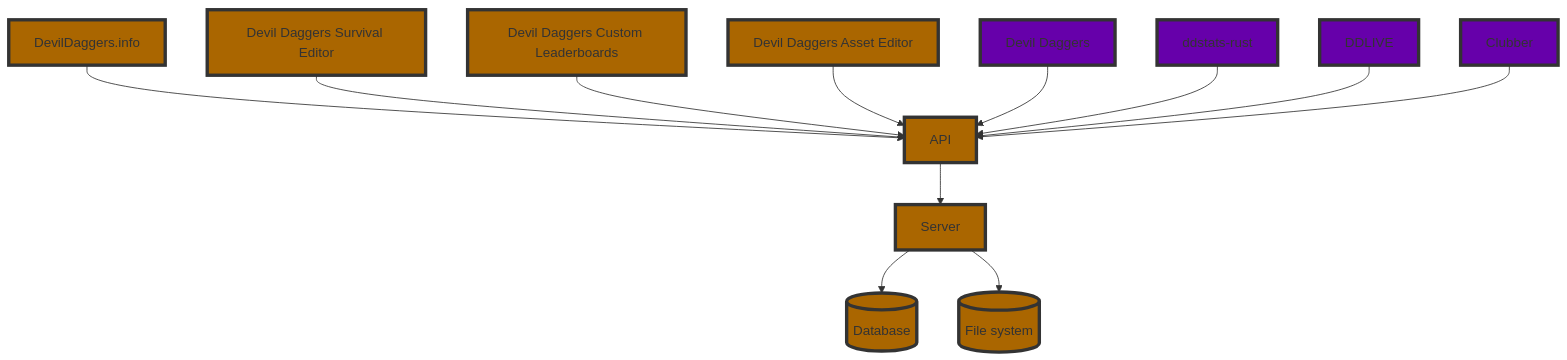
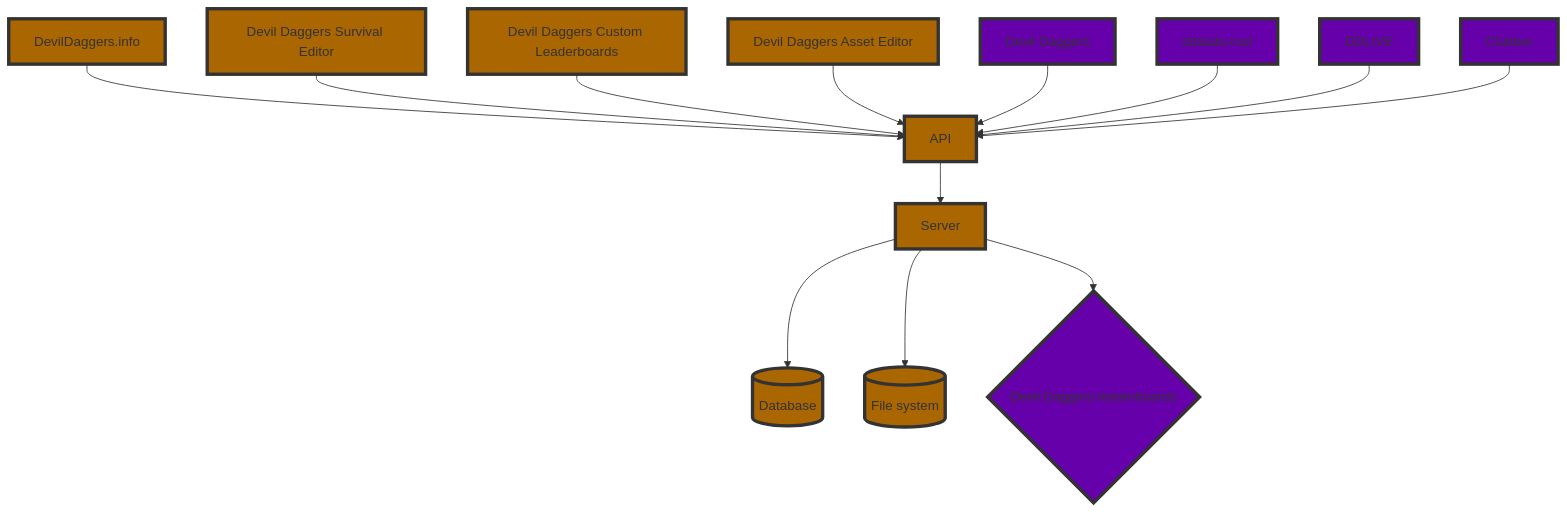
One commit to NoahStolk/ddinfo-web changed the second of 2 diagrams in docs/architecture.md. Above: the diagram before and after it, drawn with Mermaid. The commit also changed other lines of this file, not shown here.

````diff
--- a/docs/architecture.md
+++ b/docs/architecture.md
@@ -108,36 +108,38 @@
 ```mermaid
 flowchart TD;
 
     database[(Database)]
     filesystem[(File system)]
     server[Server]
     api[API]
 	devildaggersinfo[DevilDaggers.info]
     devildaggers[Devil Daggers]
     ddse[Devil Daggers Survival Editor]
     ddcl[Devil Daggers Custom Leaderboards]
     ddae[Devil Daggers Asset Editor]
     ddstatsrust[ddstats-rust]
     ddlive[DDLIVE]
     clubber[Clubber]
+	devildaggersleaderboards{Devil Daggers leaderboards}
 	
 	class database,filesystem,server,api,devildaggersinfo,ddse,ddcl,ddae ddinfo;
-	class devildaggers,ddstatsrust,ddlive,clubber external;
+	class devildaggers,ddstatsrust,ddlive,clubber,devildaggersleaderboards external;
 
     classDef ddinfo fill:#a60,stroke:#333,stroke-width:4px;
     classDef external fill:#60a,stroke:#333,stroke-width:4px;
 	
 	server --> database
 	server --> filesystem
+	server --> devildaggersleaderboards
 
 	api --> server
 
 	devildaggersinfo --> api
 	ddse --> api
 	ddcl --> api
 	ddae --> api
 	devildaggers --> api
 	ddstatsrust --> api
 	ddlive --> api
 	clubber --> api
 ```
````
